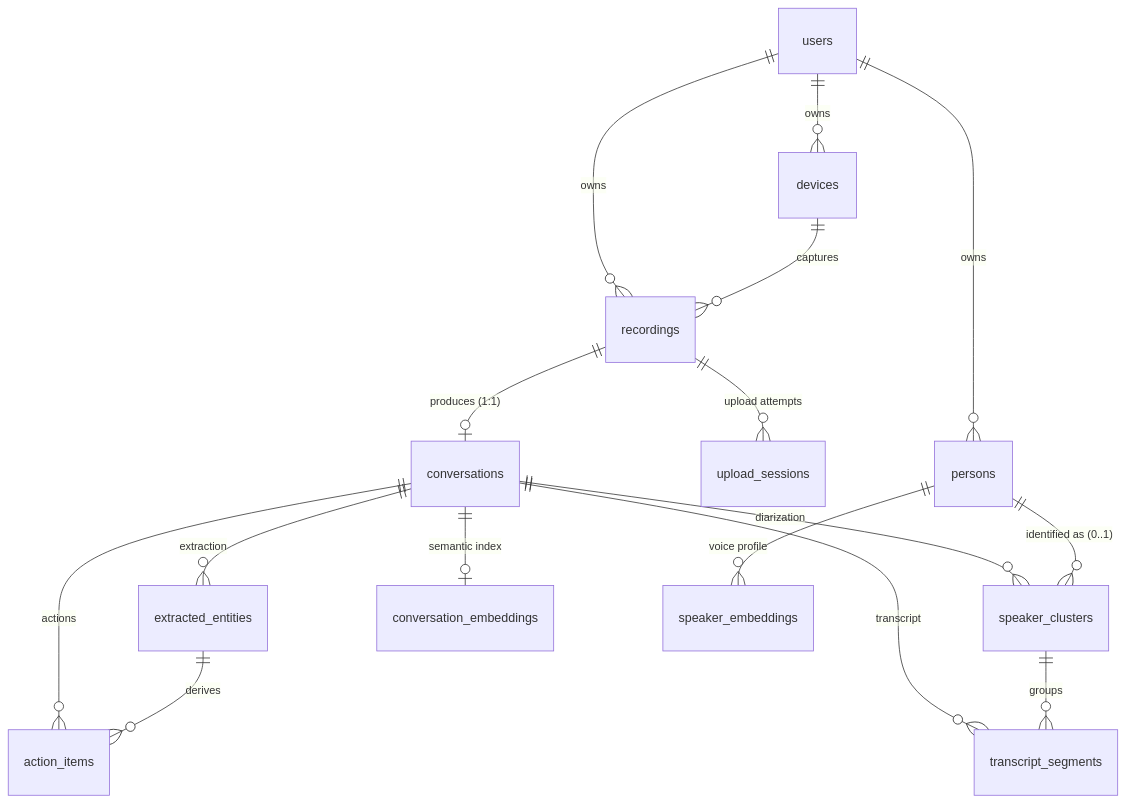
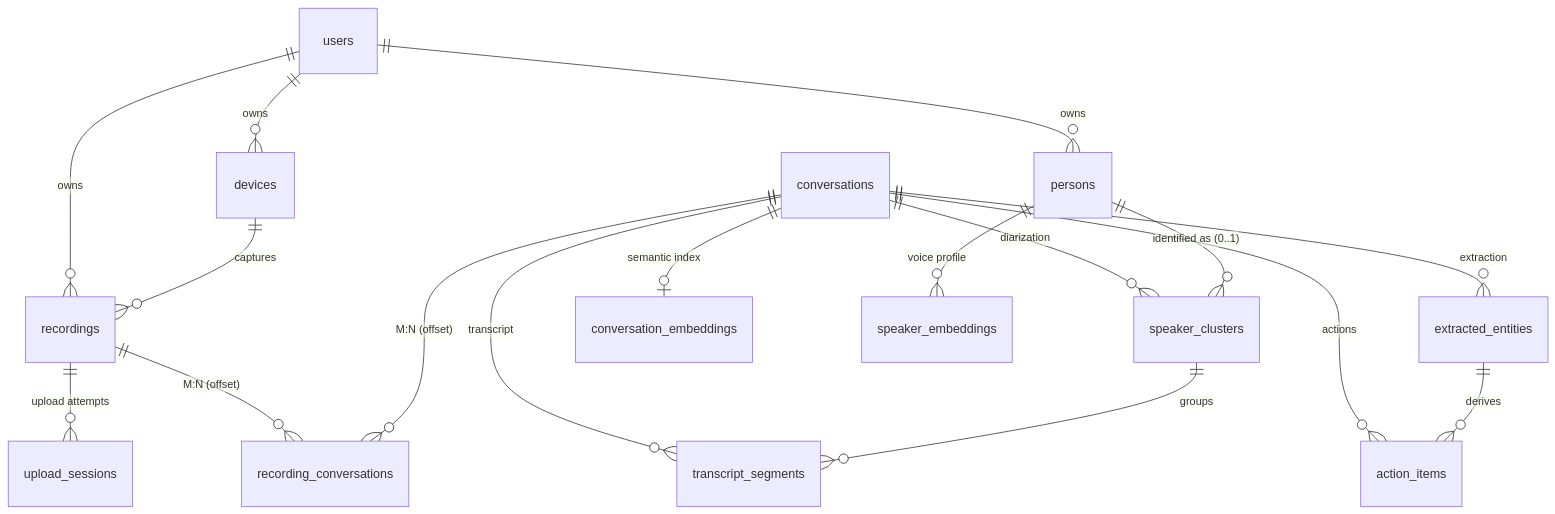
The diagram in docs/10-domain-model.md (hyunu/gyeol), drawn with Mermaid before and after one commit. The commit also changed other lines of this file and 66 other files, not shown here.

````diff
--- a/docs/10-domain-model.md
+++ b/docs/10-domain-model.md
@@ -33,21 +33,22 @@
 ```mermaid
 erDiagram
     users ||--o{ devices : "owns"
     users ||--o{ recordings : "owns"
     users ||--o{ persons : "owns"
     devices ||--o{ recordings : "captures"
 
     recordings ||--o{ upload_sessions : "upload attempts"
-    recordings ||--o| conversations : "produces (1:1)"
+    recordings ||--o{ recording_conversations : "M:N (offset)"
+    conversations ||--o{ recording_conversations : "M:N (offset)"
 
     conversations ||--o{ speaker_clusters : "diarization"
     conversations ||--o{ transcript_segments : "transcript"
     conversations ||--o{ extracted_entities : "extraction"
     conversations ||--o{ action_items : "actions"
     conversations ||--o| conversation_embeddings : "semantic index"
 
     speaker_clusters ||--o{ transcript_segments : "groups"
     persons ||--o{ speaker_clusters : "identified as (0..1)"
     persons ||--o{ speaker_embeddings : "voice profile"
     extracted_entities ||--o{ action_items : "derives"
 ```
````
